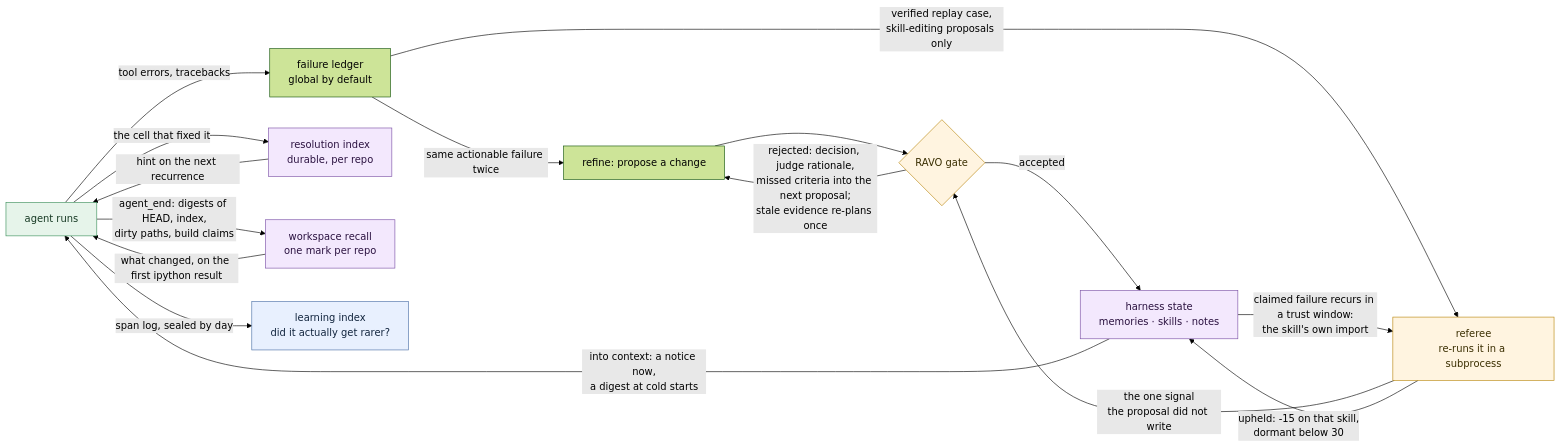
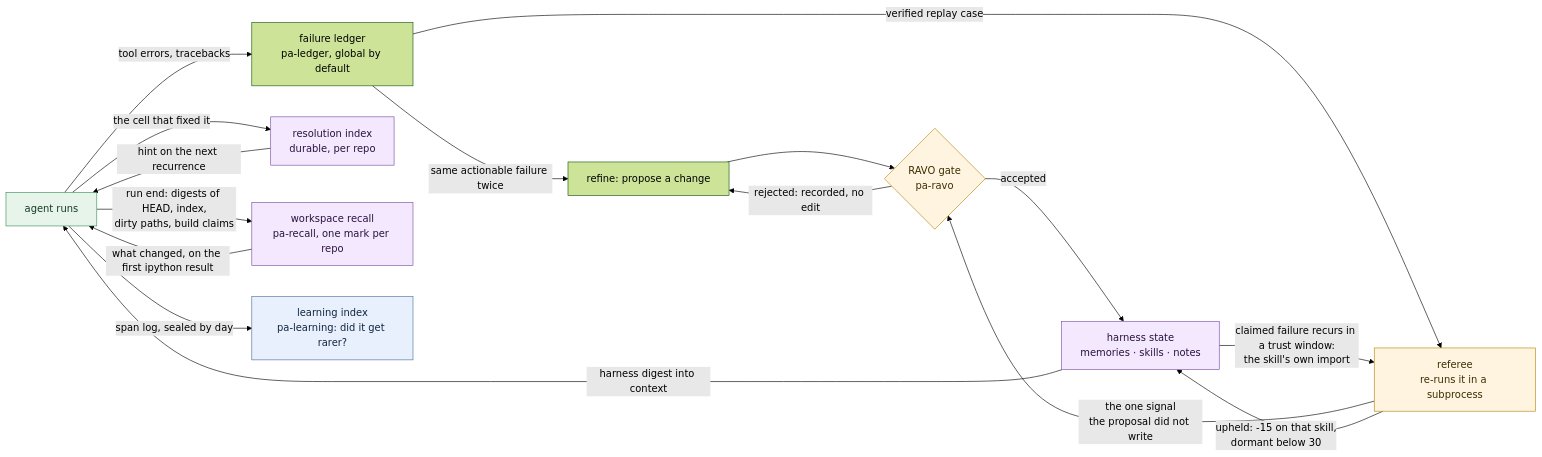
One commit to coleleavitt/prime-agent changed the sixth of 6 diagrams in FLOWCHART.md. Above: the diagram before and after it, drawn with Mermaid (forest theme). The commit also changed other lines of this file and 4 other files, not shown here.

First line of the commit message:
docs: FLOWCHART and the architecture diagrams map the Rust crates

````diff
--- a/FLOWCHART.md
+++ b/FLOWCHART.md
@@ -180,26 +247,26 @@
 ```mermaid
 flowchart LR
-    RUN["agent runs"] -->|"tool errors, tracebacks"| LED["failure ledger<br/>global by default"]
+    RUN["agent runs"] -->|"tool errors, tracebacks"| LED["failure ledger<br/>pa-ledger, global by default"]
     RUN -->|"the cell that fixed it"| RIX["resolution index<br/>durable, per repo"]
     RIX -->|"hint on the next recurrence"| RUN
-    RUN -->|"agent_end: digests of HEAD, index,<br/>dirty paths, build claims"| WR["workspace recall<br/>one mark per repo"]
+    RUN -->|"run end: digests of HEAD, index,<br/>dirty paths, build claims"| WR["workspace recall<br/>pa-recall, one mark per repo"]
     WR -->|"what changed, on the first ipython result"| RUN
     LED -->|"same actionable failure twice"| REF["refine: propose a change"]
-    LED -->|"verified replay case,<br/>skill-editing proposals only"| RFE["referee<br/>re-runs it in a subprocess"]
-    REF --> GATE{"RAVO gate"}
+    LED -->|"verified replay case"| RFE["referee<br/>re-runs it in a subprocess"]
+    REF --> GATE{"RAVO gate<br/>pa-ravo"}
     RFE -->|"the one signal<br/>the proposal did not write"| GATE
-    GATE -->|"rejected: decision, judge rationale,<br/>missed criteria into the next proposal;<br/>stale evidence re-plans once"| REF
+    GATE -->|"rejected: recorded, no edit"| REF
     GATE -->|"accepted"| HS["harness state<br/>memories · skills · notes"]
-    HS -->|"into context: a notice now,<br/>a digest at cold starts"| RUN
+    HS -->|"harness digest into context"| RUN
     HS -->|"claimed failure recurs in a trust window:<br/>the skill's own import"| RFE
     RFE -->|"upheld: -15 on that skill,<br/>dormant below 30"| HS
-    RUN -->|"span log, sealed by day"| LIX["learning index<br/>did it actually get rarer?"]
+    RUN -->|"span log, sealed by day"| LIX["learning index<br/>pa-learning: did it get rarer?"]
 
     style RUN fill:#e6f4ea,stroke:#3a8f5a,color:#173a24
     style GATE fill:#fff4e0,stroke:#b8860b,color:#3a2e00
     style RFE fill:#fff4e0,stroke:#b8860b,color:#3a2e00
     style HS fill:#f3e8fd,stroke:#7a4fa5,color:#2b1240
     style RIX fill:#f3e8fd,stroke:#7a4fa5,color:#2b1240
     style WR fill:#f3e8fd,stroke:#7a4fa5,color:#2b1240
     style LIX fill:#e8f0fe,stroke:#4a6fa5,color:#11243d
 ```
````
